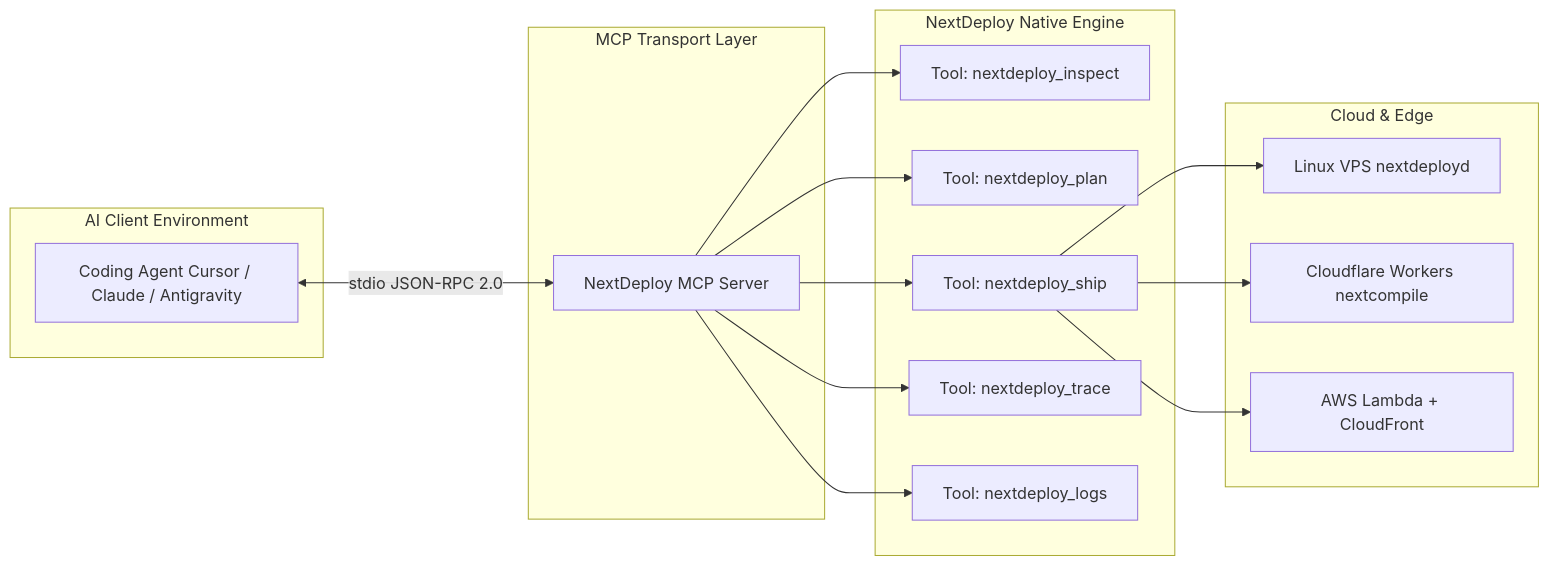
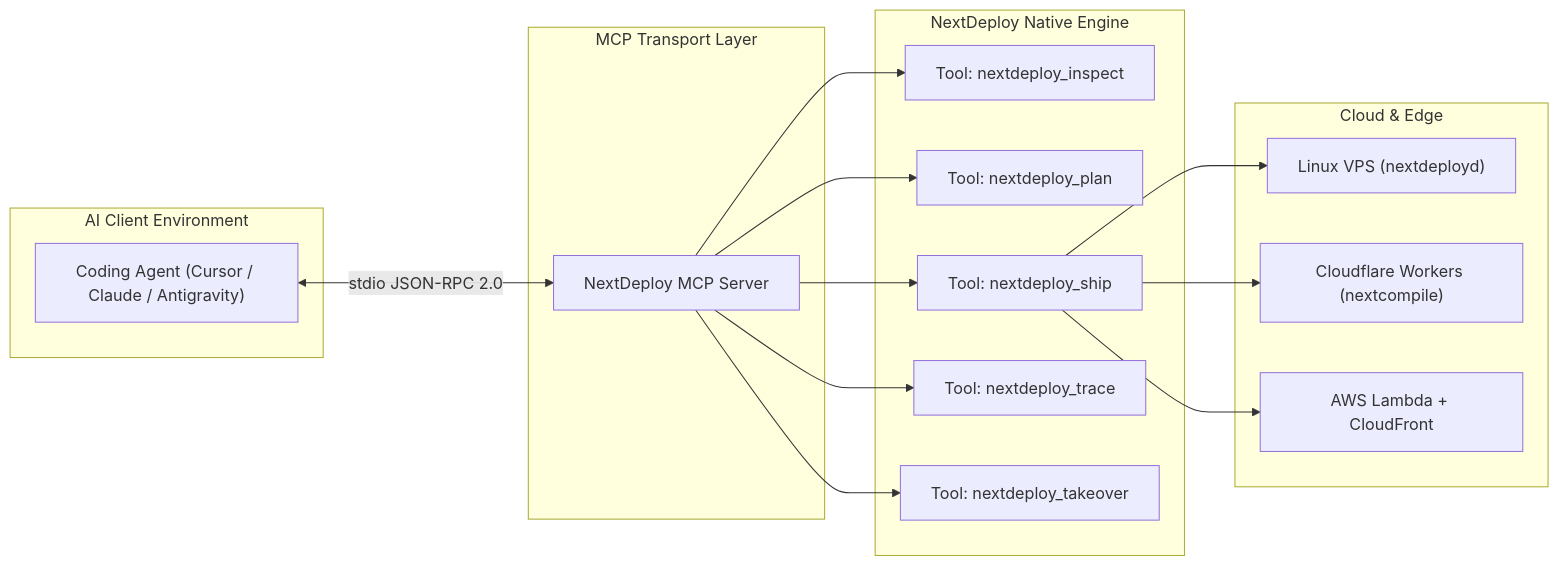
Before and after one commit to aynaash/NextDeploy: the diagram in frontend/content/docs/mcp/server.md, drawn with Mermaid. The commit also changed 53 other files, not shown here.

First line of the commit message:
feat(frontend): redesign responsive landing page, fix docs diagrams and KV guard config

````diff
--- a/frontend/content/docs/mcp/server.md
+++ b/frontend/content/docs/mcp/server.md
@@ -44,24 +44,24 @@
 ```mermaid
 flowchart LR
-    subgraph AI Client Environment
-        Agent[Coding Agent Cursor / Claude / Antigravity]
+    subgraph ClientEnv ["AI Client Environment"]
+        Agent["Coding Agent (Cursor / Claude / Antigravity)"]
     end
 
-    subgraph MCP Transport Layer
-        Agent <-->|stdio JSON-RPC 2.0| Server[NextDeploy MCP Server]
+    subgraph TransportLayer ["MCP Transport Layer"]
+        Agent <-->|"stdio JSON-RPC 2.0"| Server["NextDeploy MCP Server"]
     end
 
-    subgraph NextDeploy Native Engine
-        Server --> Tool_Inspect[Tool: nextdeploy_inspect]
-        Server --> Tool_Plan[Tool: nextdeploy_plan]
-        Server --> Tool_Ship[Tool: nextdeploy_ship]
-        Server --> Tool_Trace[Tool: nextdeploy_trace]
-        Server --> Tool_Logs[Tool: nextdeploy_logs]
+    subgraph NativeEngine ["NextDeploy Native Engine"]
+        Server --> Tool_Inspect["Tool: nextdeploy_inspect"]
+        Server --> Tool_Plan["Tool: nextdeploy_plan"]
+        Server --> Tool_Ship["Tool: nextdeploy_ship"]
+        Server --> Tool_Trace["Tool: nextdeploy_trace"]
+        Server --> Tool_Takeover["Tool: nextdeploy_takeover"]
     end
 
-    subgraph Cloud & Edge
-        Tool_Ship --> VPS[Linux VPS nextdeployd]
-        Tool_Ship --> CF[Cloudflare Workers nextcompile]
-        Tool_Ship --> AWS[AWS Lambda + CloudFront]
+    subgraph CloudEdge ["Cloud & Edge"]
+        Tool_Ship --> VPS["Linux VPS (nextdeployd)"]
+        Tool_Ship --> CF["Cloudflare Workers (nextcompile)"]
+        Tool_Ship --> AWS["AWS Lambda + CloudFront"]
     end
 ```
````
